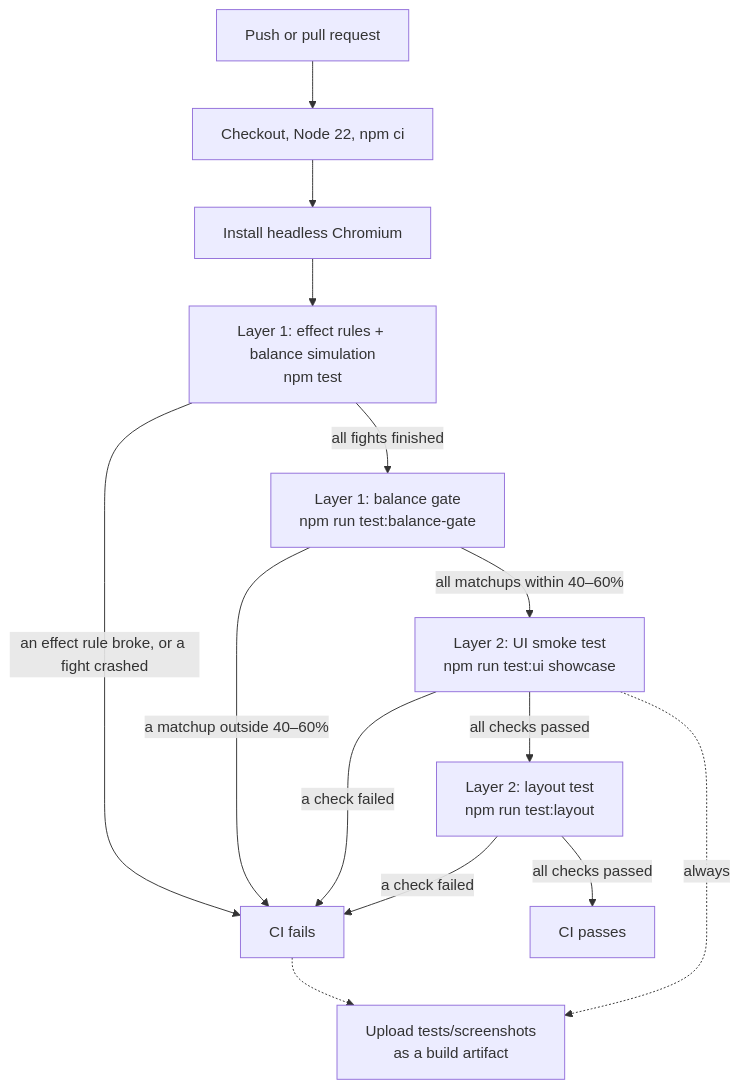
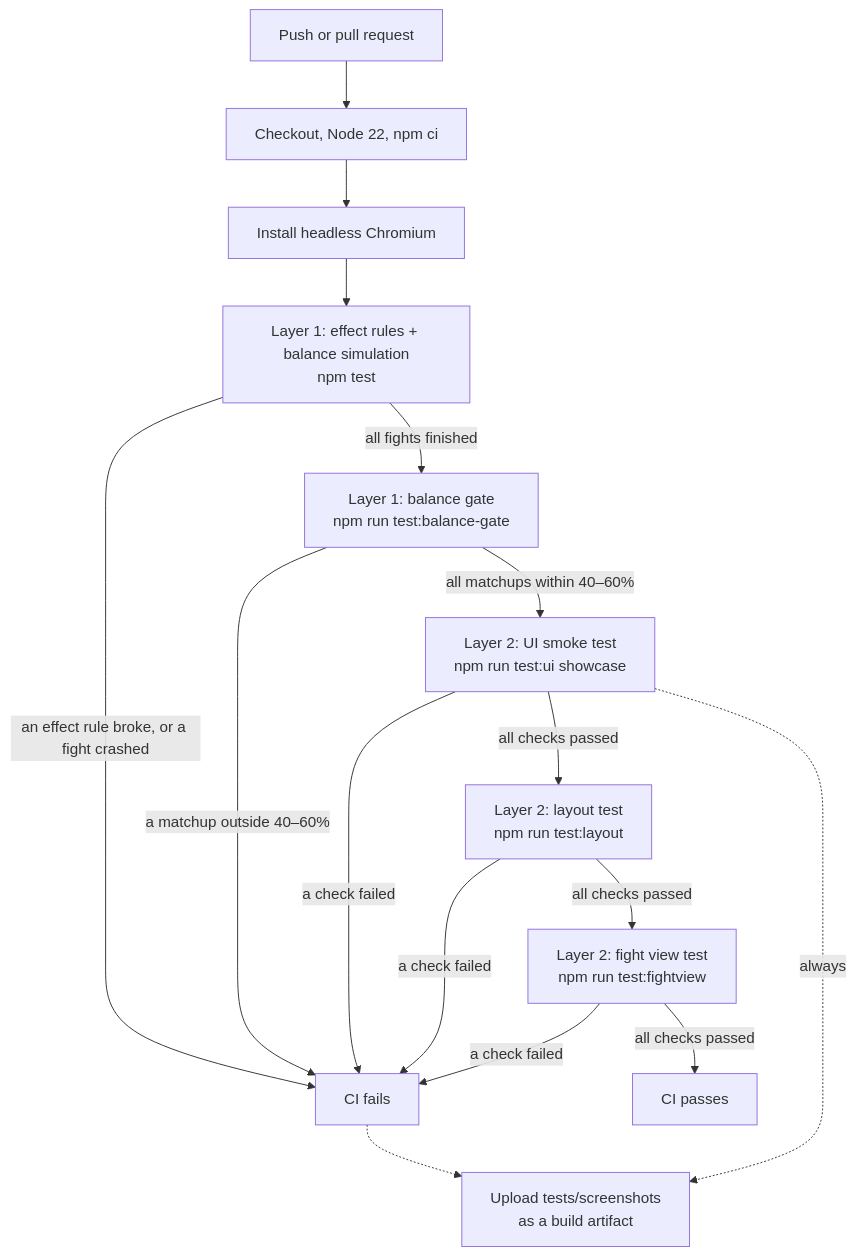
Before and after one commit to Heaxyle/drake-arena: the diagram in TESTING.md, drawn with Mermaid. The commit also changed other lines of this file and 25 other files, not shown here.

````diff
--- a/TESTING.md
+++ b/TESTING.md
@@ -12,16 +12,18 @@
 ```mermaid
 flowchart TD
     A[Push or pull request] --> B[Checkout, Node 22, npm ci]
     B --> C[Install headless Chromium]
     C --> D["Layer 1: effect rules + balance simulation<br/>npm test"]
     D -->|an effect rule broke, or a fight crashed| X[CI fails]
     D -->|all fights finished| G["Layer 1: balance gate<br/>npm run test:balance-gate"]
     G -->|a matchup outside 40–60%| X
     G -->|all matchups within 40–60%| E["Layer 2: UI smoke test<br/>npm run test:ui showcase"]
     E -->|a check failed| X
     E -->|all checks passed| L["Layer 2: layout test<br/>npm run test:layout"]
     L -->|a check failed| X
-    L -->|all checks passed| P[CI passes]
+    L -->|all checks passed| V["Layer 2: fight view test<br/>npm run test:fightview"]
+    V -->|a check failed| X
+    V -->|all checks passed| P[CI passes]
     E -.->|always| S[Upload tests/screenshots<br/>as a build artifact]
     X -.-> S
 ```
````
